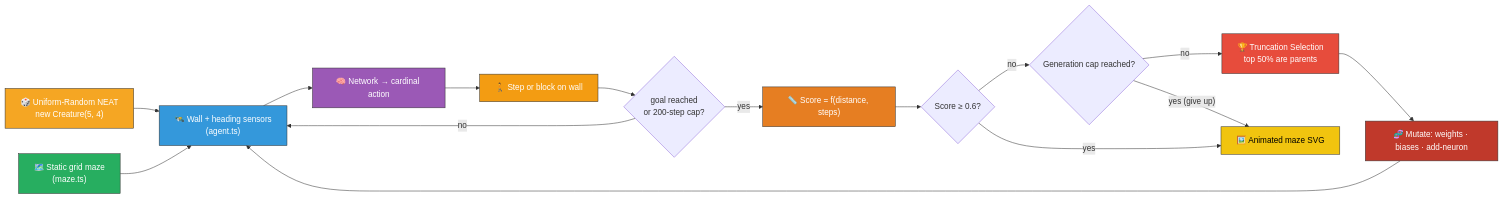
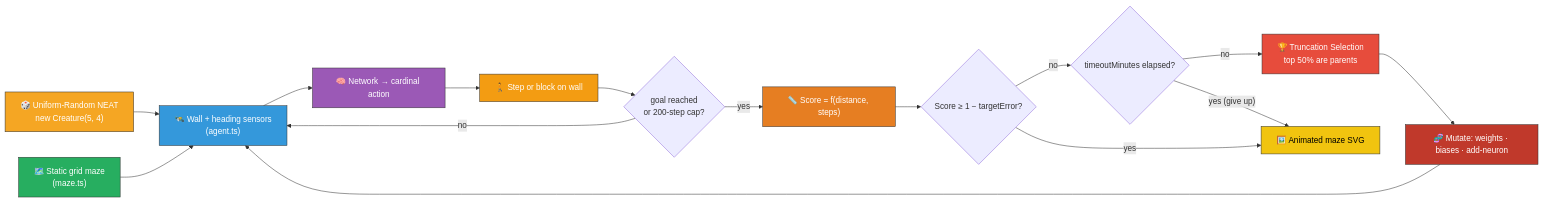
The diagram in maze_navigation/README.md (stSoftwareAU/NEAT-AI-Examples), drawn with Mermaid before and after one commit. The commit also changed other lines of this file and 10 other files, not shown here.

````diff
--- a/maze_navigation/README.md
+++ b/maze_navigation/README.md
@@ -21,35 +21,35 @@
 ```mermaid
 flowchart LR
     MAZE["🗺️ Static grid maze<br/>(maze.ts)"]
     INIT["🎲 Uniform-Random NEAT<br/>new Creature(5, 4)"]
     SENSE["🛰️ Wall + heading sensors<br/>(agent.ts)"]
     POLICY["🧠 Network → cardinal action"]
     STEP["🚶 Step or block on wall"]
     DONE{"goal reached<br/>or 200-step cap?"}
     SCORE["📏 Score = f(distance, steps)"]
     SELECT["🏆 Truncation Selection<br/>top 50% are parents"]
     MUTATE["🧬 Mutate: weights · biases · add-neuron"]
-    SOLVED{"Score ≥ 0.6?"}
-    CAP{"Generation cap reached?"}
+    SOLVED{"Score ≥ 1 − targetError?"}
+    CAP{"timeoutMinutes elapsed?"}
     SVG["🖼️ Animated maze SVG"]
 
     INIT --> SENSE
     MAZE --> SENSE
     SENSE --> POLICY --> STEP --> DONE
     DONE -- no --> SENSE
     DONE -- yes --> SCORE --> SOLVED
     SOLVED -- no --> CAP
     CAP -- no --> SELECT --> MUTATE --> SENSE
     SOLVED -- yes --> SVG
     CAP -- yes (give up) --> SVG
 
     style MAZE fill:#27ae60,stroke:#333,color:#fff
     style INIT fill:#f5a623,stroke:#333,color:#fff
     style SENSE fill:#3498db,stroke:#333,color:#fff
     style POLICY fill:#9b59b6,stroke:#333,color:#fff
     style STEP fill:#f39c12,stroke:#333,color:#fff
     style SCORE fill:#e67e22,stroke:#333,color:#fff
     style SELECT fill:#e74c3c,stroke:#333,color:#fff
     style MUTATE fill:#c0392b,stroke:#333,color:#fff
     style SVG fill:#f1c40f,stroke:#333,color:#000
 ```
````
